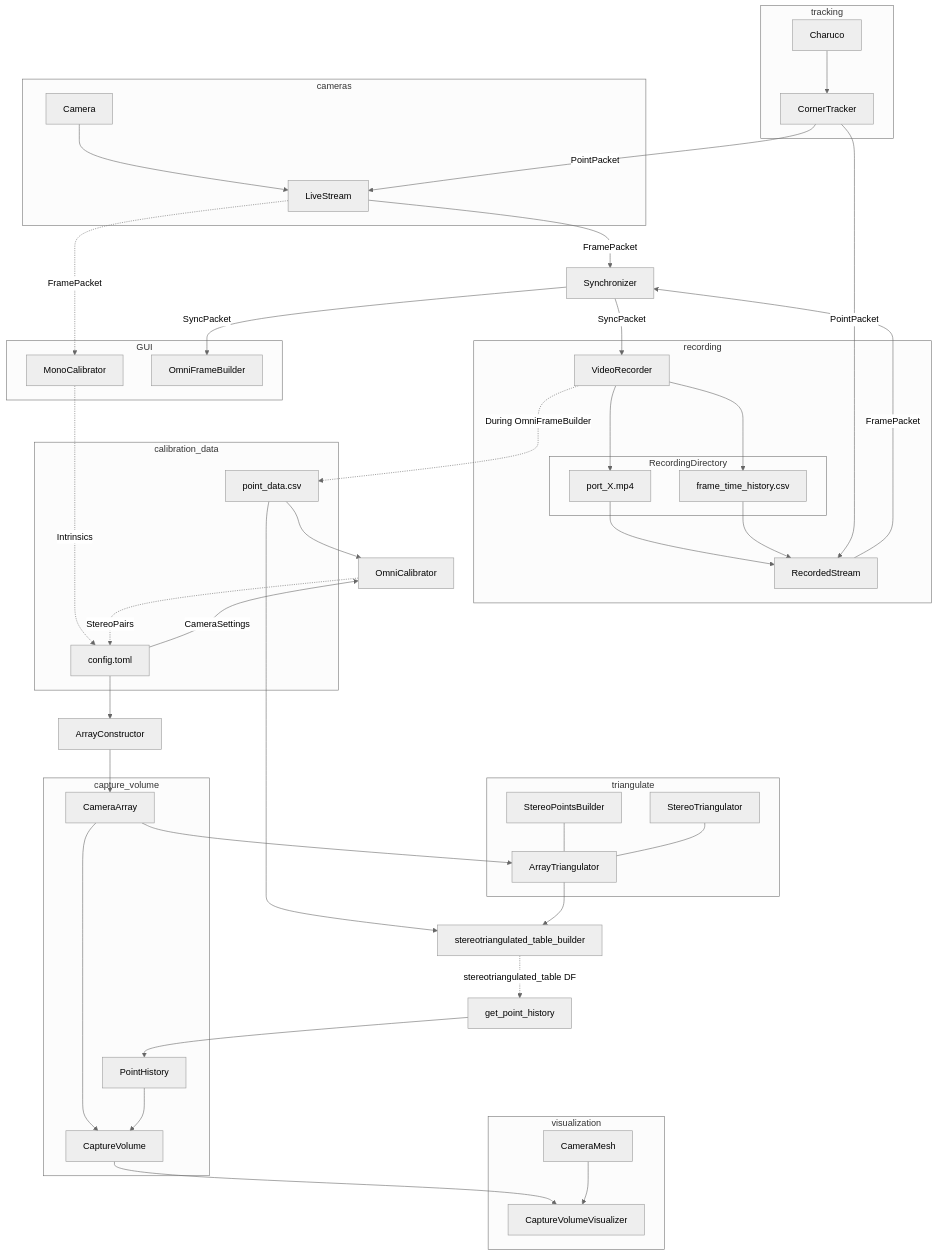
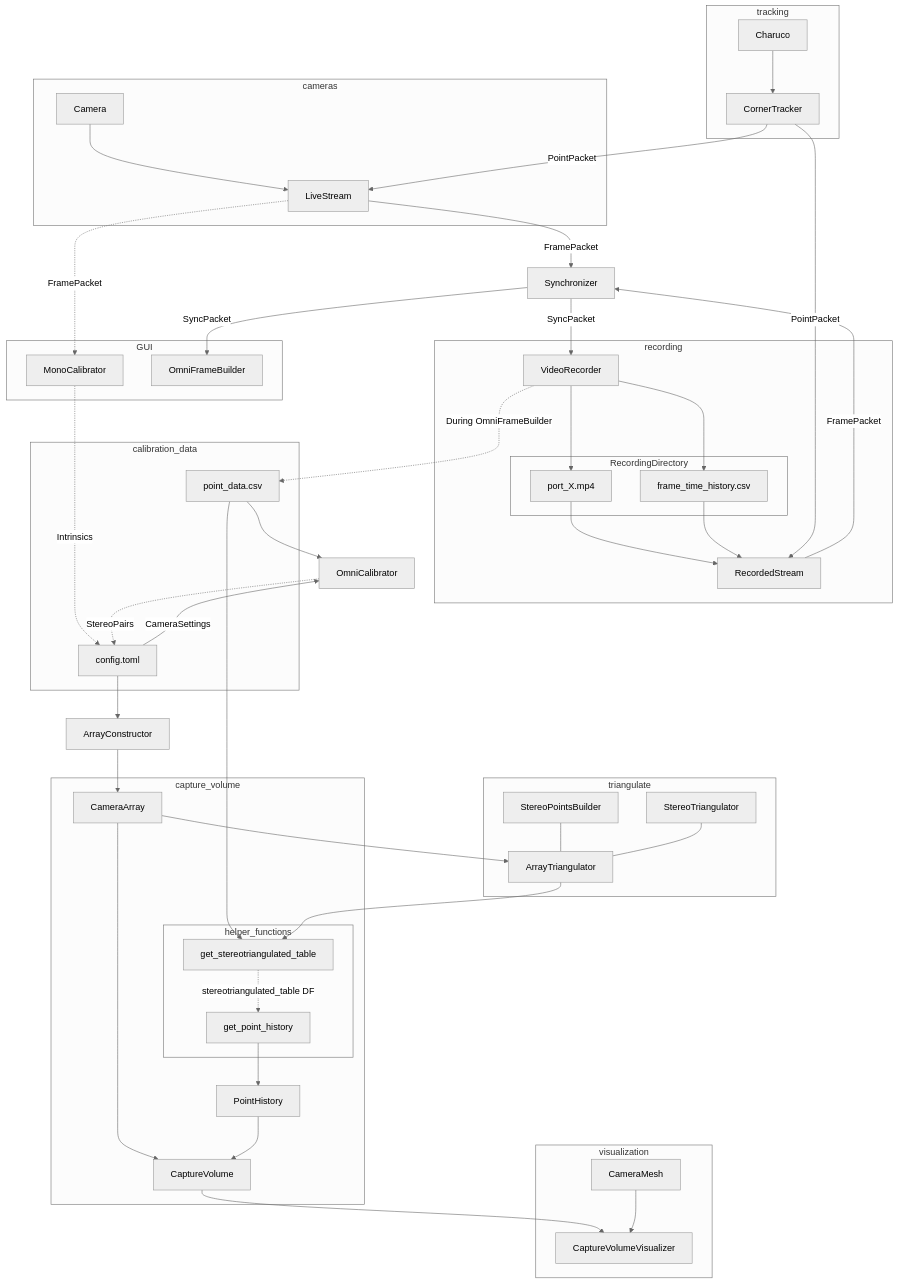
Before and after one commit to mprib/caliscope: the diagram in README.md, drawn with Mermaid (neutral theme). The commit also changed 5 other files, not shown here.

Commit message:
PointHistory -> PointEstimates

```diff
--- a/README.md
+++ b/README.md
@@ -62,9 +62,9 @@
     config.toml
 end
 
-point_data.csv --> stereotriangulated_table_builder
+point_data.csv --> get_stereotriangulated_table
 
-ArrayTriangulator --> stereotriangulated_table_builder
+ArrayTriangulator --> get_stereotriangulated_table
 
 CornerTracker --PointPacket--> RecordedStream
 
@@ -81,16 +81,16 @@
 
 CaptureVolume --> CaptureVolumeVisualizer
 
-
-stereotriangulated_table_builder -.stereotriangulated_table DF.-> get_point_history
-
 get_point_history --> PointHistory
 
+
 subgraph capture_volume
-CameraArray --> CaptureVolume
-PointHistory --> CaptureVolume
+    subgraph helper_functions
+        get_stereotriangulated_table -.stereotriangulated_table DF.-> get_point_history
+    end
 
-CaptureVolume
+    CameraArray --> CaptureVolume
+    PointHistory --> CaptureVolume
 end
 
 
```
